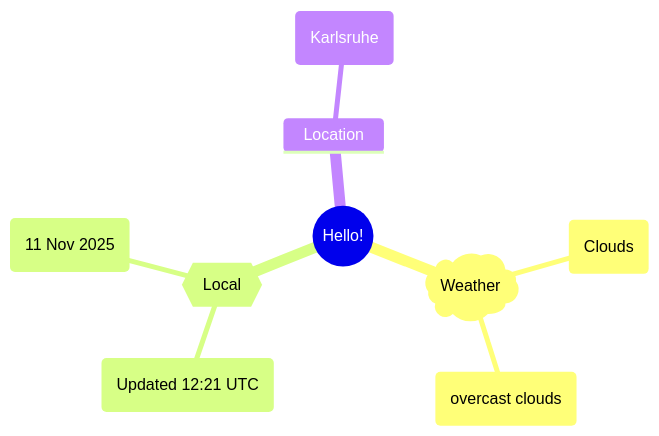
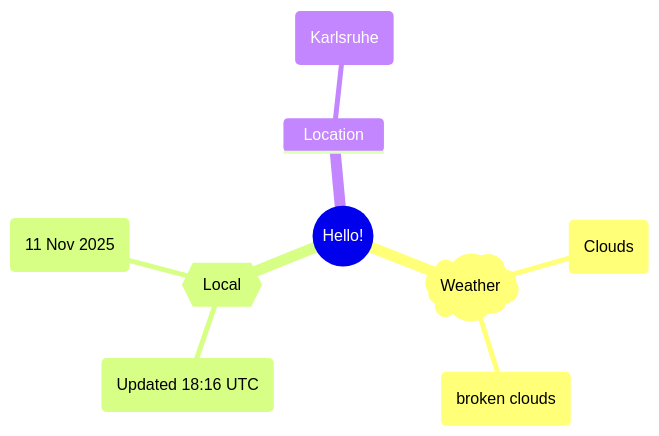
The first of 2 diagrams in README.md (Xosrov/Xosrov), drawn with Mermaid before and after one commit.

Commit message:
[bot] updated images

````diff
--- a/README.md
+++ b/README.md
@@ -3,12 +3,12 @@
 ```mermaid
 mindmap
   root((Hello!))
     )Weather(
         (Clouds)
-        (overcast clouds)
+        (broken clouds)
     {{Local}}
-        (Updated 12:21 UTC)
+        (Updated 18:16 UTC)
         (11 Nov 2025)
     Location
         (Karlsruhe)
 ```
````
